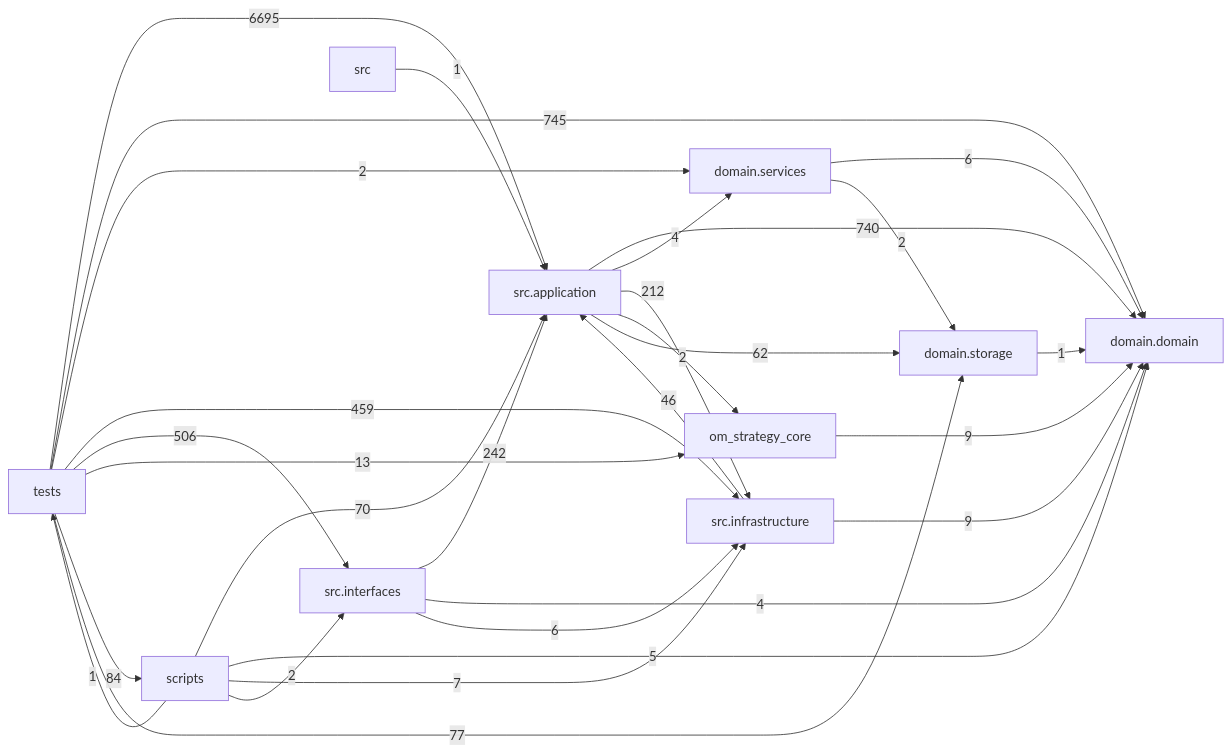
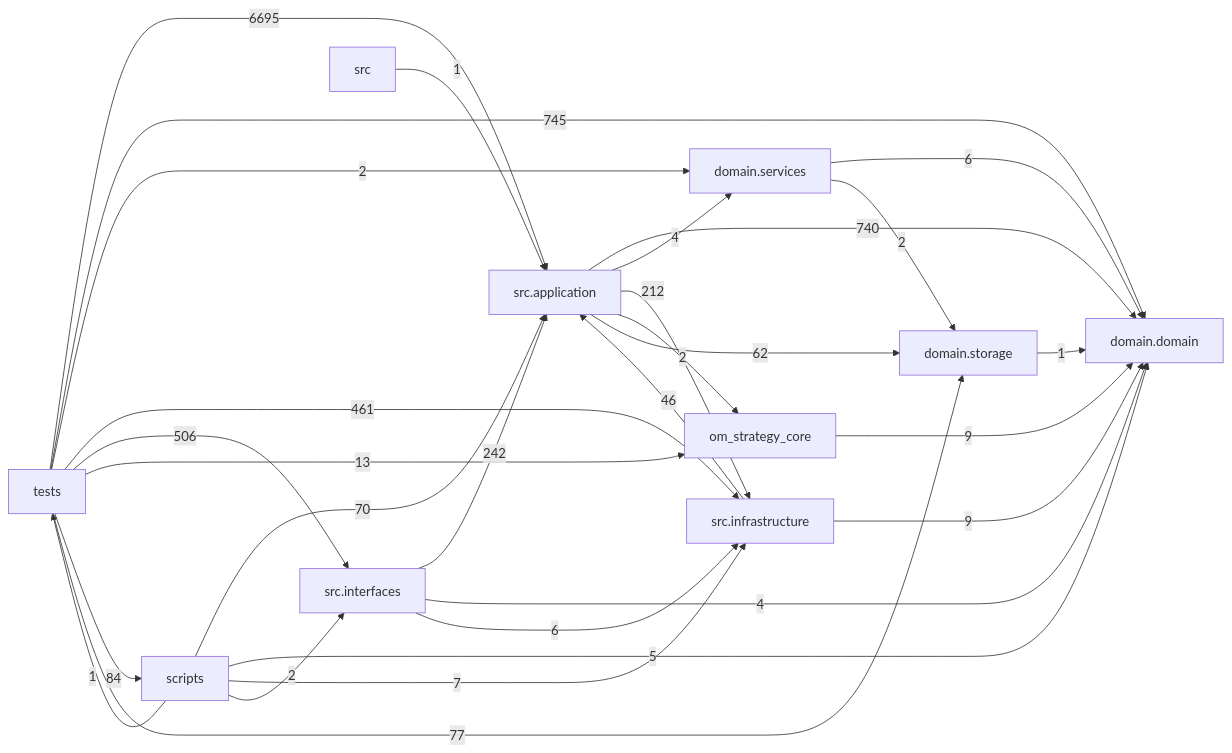
Before and after one commit to liuxie066/options-monitor: the diagram in docs/DEPENDENCY_GRAPH.md, drawn with Mermaid. The commit also changed other lines of this file and 2 other files, not shown here.

````diff
--- a/docs/DEPENDENCY_GRAPH.md
+++ b/docs/DEPENDENCY_GRAPH.md
@@ -24,39 +24,39 @@
 ```mermaid
 flowchart LR
   tests["tests"]
   scripts["scripts"]
   interfaces["src.interfaces"]
   application["src.application"]
   infrastructure["src.infrastructure"]
   domain_services["domain.services"]
   domain["domain.domain"]
   storage["domain.storage"]
   application -->|740| domain
   application -->|4| domain_services
   application -->|212| infrastructure
   application -->|2| om_strategy_core
   application -->|62| storage
   domain_services -->|6| domain
   domain_services -->|2| storage
   infrastructure -->|46| application
   infrastructure -->|9| domain
   interfaces -->|242| application
   interfaces -->|4| domain
   interfaces -->|6| infrastructure
   om_strategy_core -->|9| domain
   scripts -->|70| application
   scripts -->|5| domain
   scripts -->|7| infrastructure
   scripts -->|2| interfaces
   scripts -->|1| tests
   src -->|1| application
   storage -->|1| domain
   tests -->|6695| application
   tests -->|745| domain
   tests -->|2| domain_services
-  tests -->|459| infrastructure
+  tests -->|461| infrastructure
   tests -->|506| interfaces
   tests -->|13| om_strategy_core
   tests -->|84| scripts
   tests -->|77| storage
 ```
````
